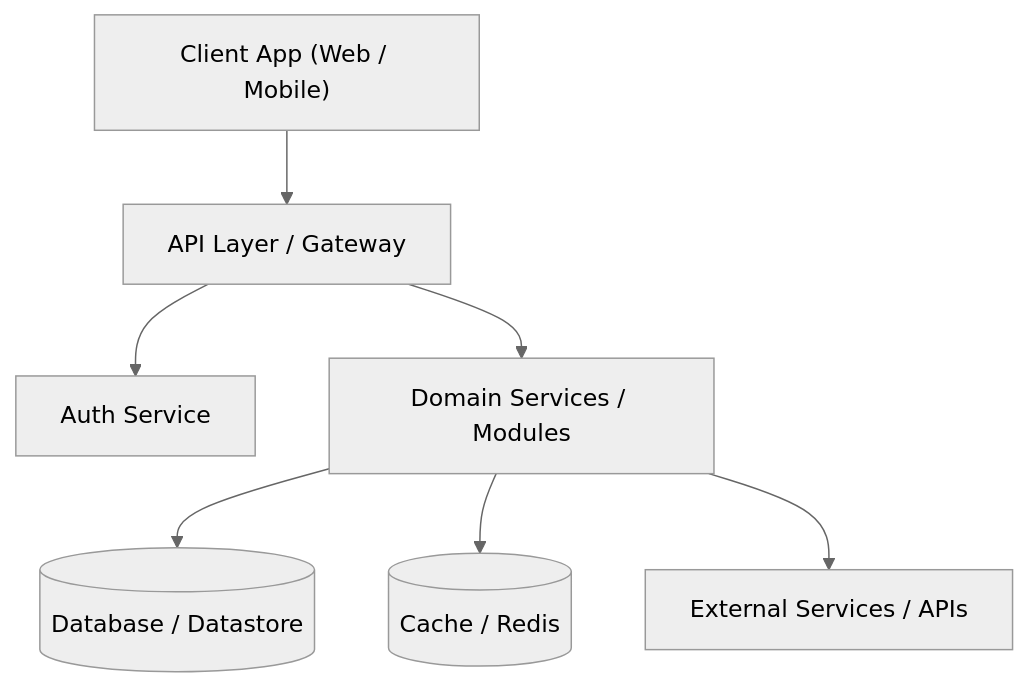
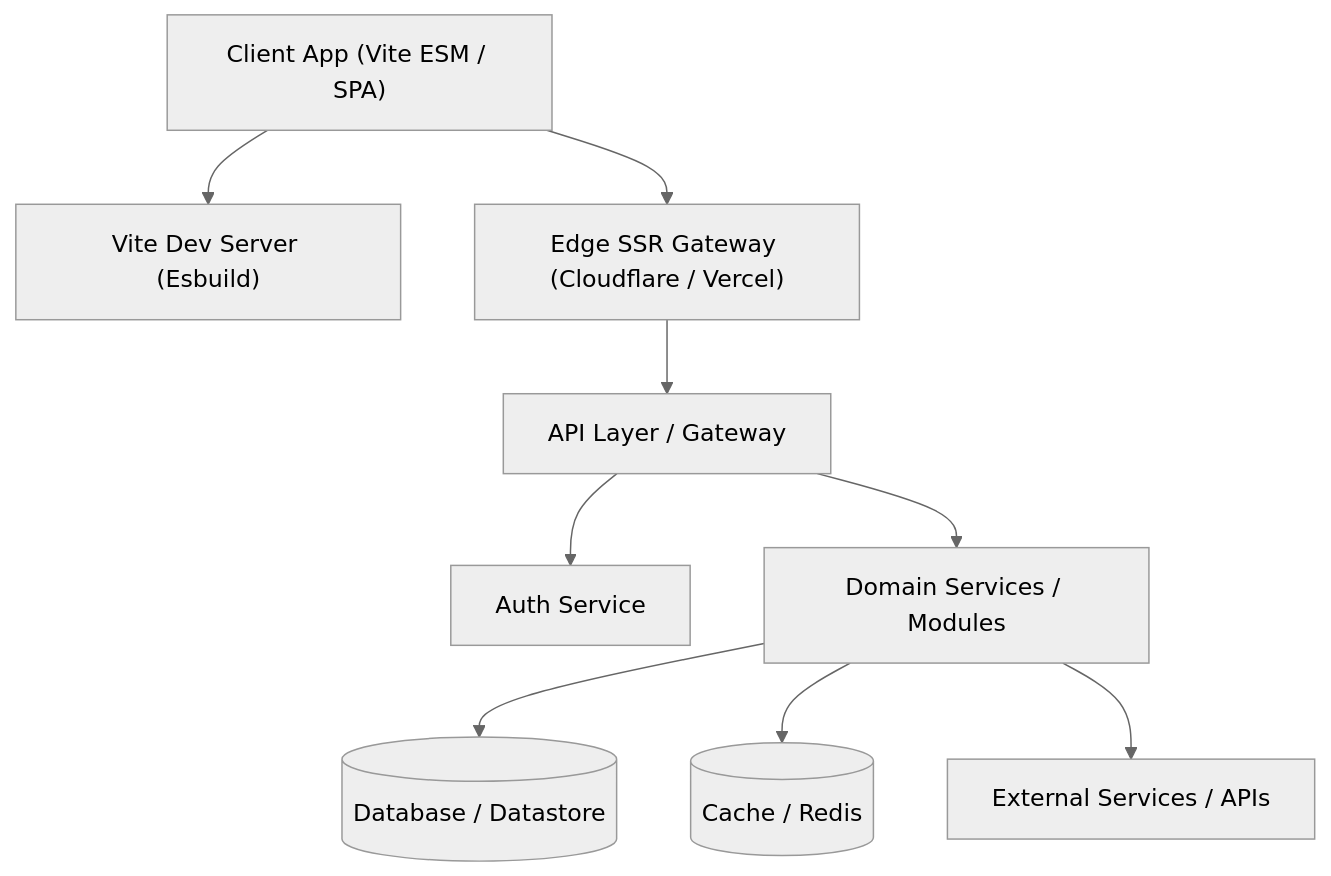
Before and after one commit to iging/agent-spec: the first of 2 diagrams in spec/context/ARCHITECTURE.md, drawn with Mermaid (neutral theme). The commit also changed other lines of this file and 16 other files, not shown here.

````diff
--- a/spec/context/ARCHITECTURE.md
+++ b/spec/context/ARCHITECTURE.md
@@ -15,9 +19,11 @@
 ```mermaid
 graph TD
-  Client["Client App (Web / Mobile)"] --> API["API Layer / Gateway"]
+  Client["Client App (Vite ESM / SPA)"] --> DevServer["Vite Dev Server (Esbuild)"]
+  Client --> Edge["Edge SSR Gateway (Cloudflare / Vercel)"]
+  Edge --> API["API Layer / Gateway"]
   API --> Auth["Auth Service"]
   API --> Services["Domain Services / Modules"]
   Services --> DB[("Database / Datastore")]
   Services --> Cache[("Cache / Redis")]
   Services --> ThirdParty["External Services / APIs"]
 ```
````
